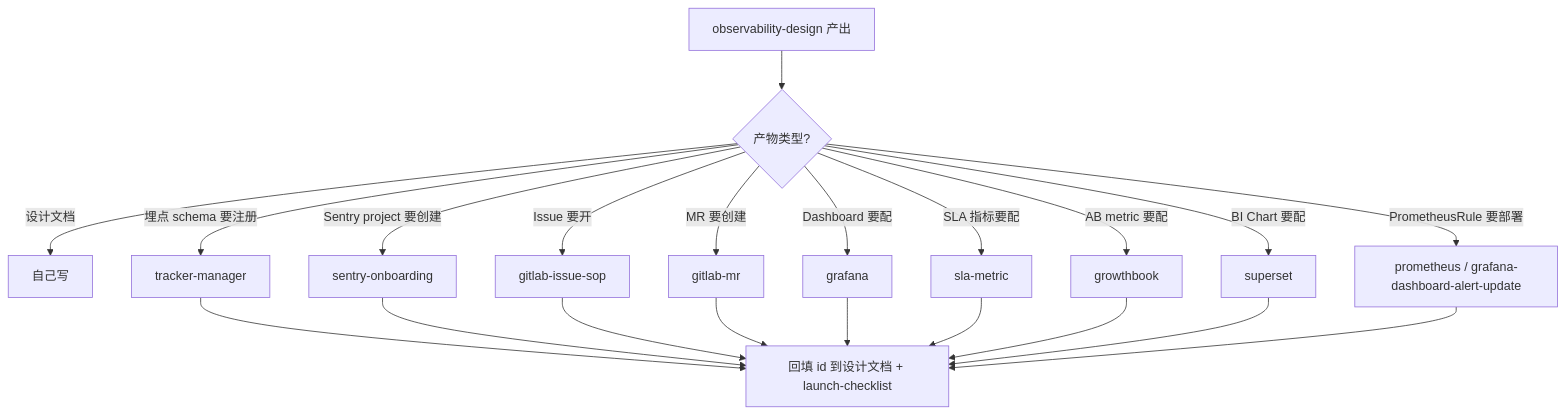
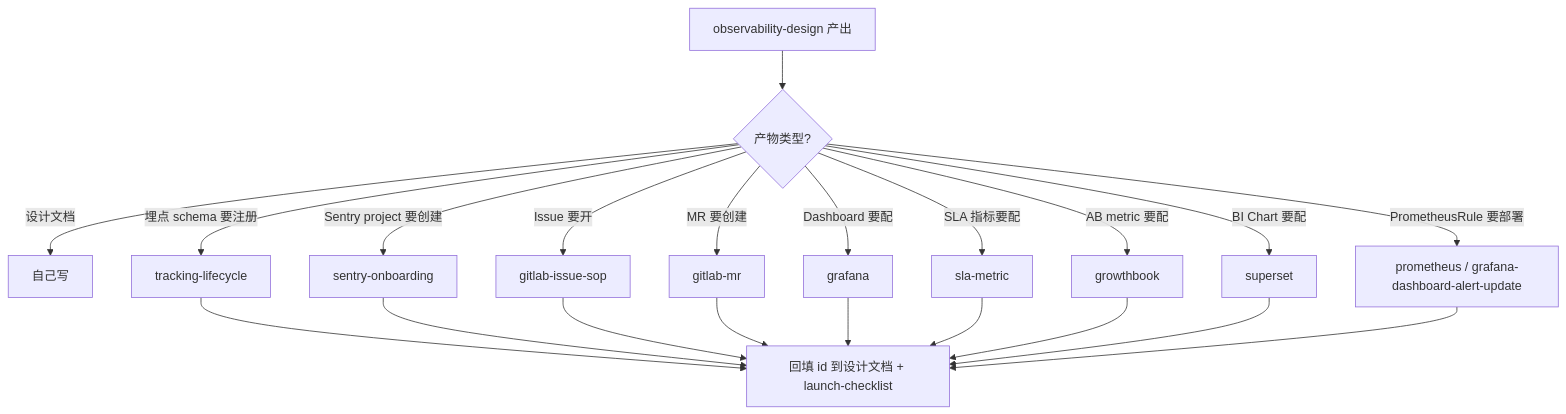
One commit to Crucifixion-Fxl/skills-manager-backup changed the diagram in observability-design/references/delegation-map.md. Above: the diagram before and after it, drawn with Mermaid. The commit also changed other lines of this file and 2418 other files, not shown here.

````diff
--- a/observability-design/references/delegation-map.md
+++ b/observability-design/references/delegation-map.md
@@ -211,16 +211,16 @@
 ```mermaid
 flowchart TD
     A[observability-design 产出] --> B{产物类型?}
     B -->|设计文档| C[自己写]
-    B -->|埋点 schema 要注册| D[tracker-manager]
+    B -->|埋点 schema 要注册| D[tracking-lifecycle]
     B -->|Sentry project 要创建| E[sentry-onboarding]
     B -->|Issue 要开| F[gitlab-issue-sop]
     B -->|MR 要创建| G[gitlab-mr]
     B -->|Dashboard 要配| H[grafana]
     B -->|SLA 指标要配| I[sla-metric]
     B -->|AB metric 要配| J[growthbook]
     B -->|BI Chart 要配| K[superset]
     B -->|PrometheusRule 要部署| L[prometheus / grafana-dashboard-alert-update]
 
     D & E & F & G & H & I & J & K & L --> M[回填 id 到设计文档 + launch-checklist]
 ```
````
